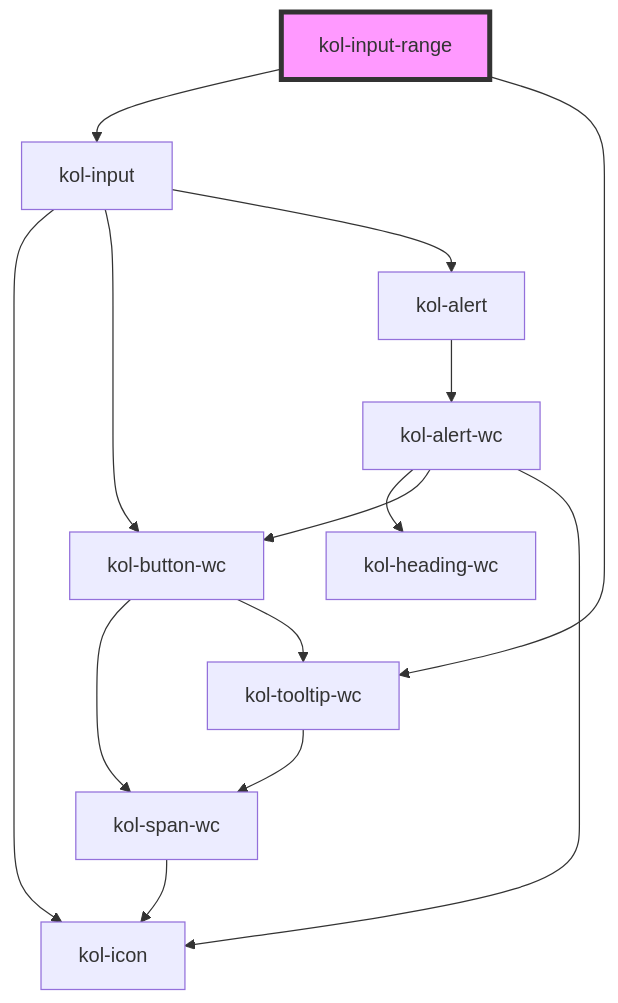
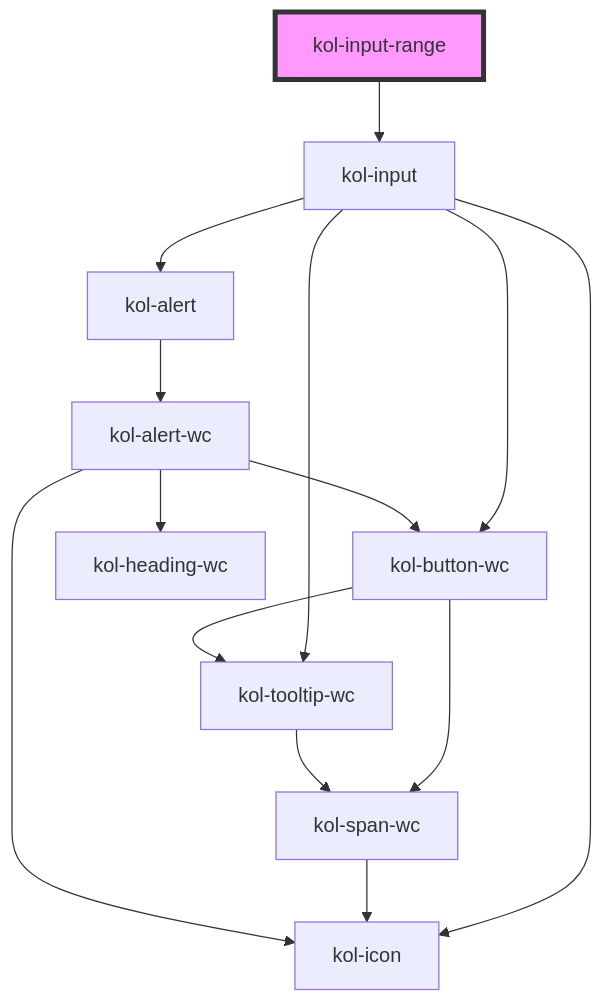
Before and after one commit to public-ui/kolibri: the diagram in packages/components/src/components/input-range/readme.md, drawn with Mermaid. The commit also changed other lines of this file and 69 other files, not shown here.

Commit message:
refactor: input tooltip samples

````diff
--- a/packages/components/src/components/input-range/readme.md
+++ b/packages/components/src/components/input-range/readme.md
@@ -93,17 +92,17 @@
 ```mermaid
 graph TD;
   kol-input-range --> kol-input
-  kol-input-range --> kol-tooltip-wc
   kol-input --> kol-icon
   kol-input --> kol-button-wc
+  kol-input --> kol-tooltip-wc
   kol-input --> kol-alert
   kol-button-wc --> kol-span-wc
   kol-button-wc --> kol-tooltip-wc
   kol-span-wc --> kol-icon
   kol-tooltip-wc --> kol-span-wc
   kol-alert --> kol-alert-wc
   kol-alert-wc --> kol-heading-wc
   kol-alert-wc --> kol-button-wc
   kol-alert-wc --> kol-icon
   style kol-input-range fill:#f9f,stroke:#333,stroke-width:4px
 ```
````
